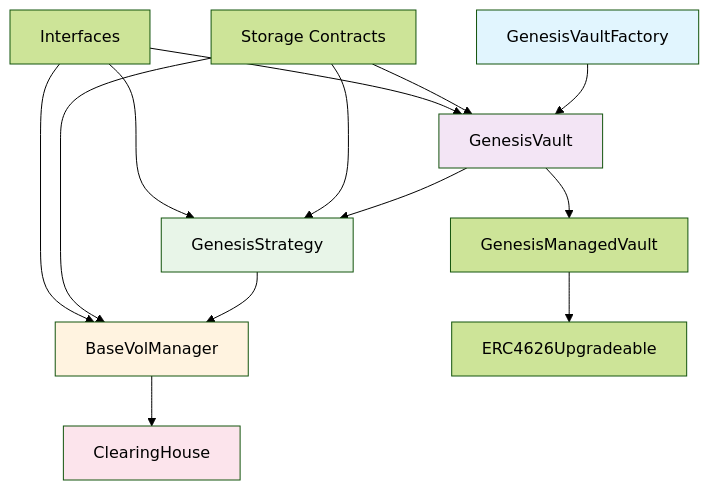
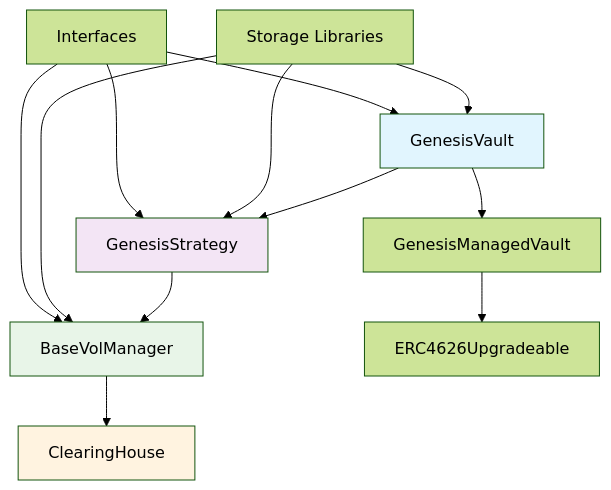
Before and after one commit to stvol-official/basevol-contract: the first of 8 diagrams in contracts/core/vault/genesisvault.md, drawn with Mermaid (forest theme). The commit also changed other lines of this file and 26 other files, not shown here.

````diff
--- a/contracts/core/vault/genesisvault.md
+++ b/contracts/core/vault/genesisvault.md
@@ -11,24 +13,22 @@
 ```mermaid
 graph TB
-    A[GenesisVaultFactory] --> B[GenesisVault]
-    B --> C[GenesisStrategy]
-    C --> D[BaseVolManager]
-    D --> E[ClearingHouse]
+    A[GenesisVault] --> B[GenesisStrategy]
+    B --> C[BaseVolManager]
+    C --> D[ClearingHouse]
 
-    B --> F[GenesisManagedVault]
-    F --> G[ERC4626Upgradeable]
+    A --> E[GenesisManagedVault]
+    E --> F[ERC4626Upgradeable]
 
-    H[Storage Contracts] --> B
+    G[Storage Libraries] --> A
+    G --> B
+    G --> C
+
+    H[Interfaces] --> A
+    H --> B
     H --> C
-    H --> D
-
-    I[Interfaces] --> B
-    I --> C
-    I --> D
 
     style A fill:#e1f5fe
     style B fill:#f3e5f5
     style C fill:#e8f5e8
     style D fill:#fff3e0
-    style E fill:#fce4ec
 ```
````
